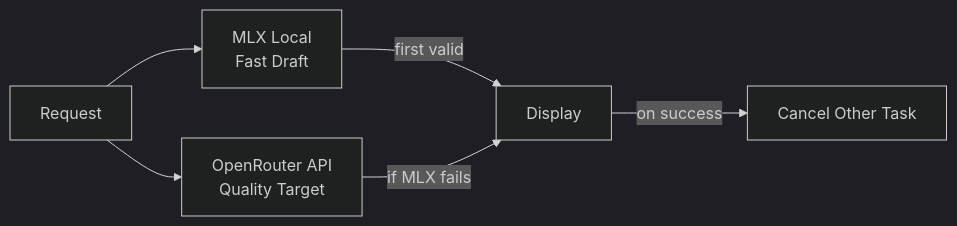
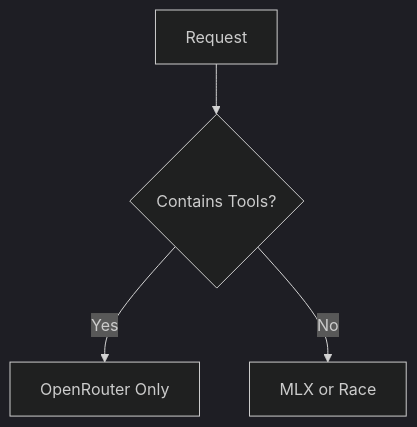
The second of 4 diagrams in plans/speculative_decoding_plan.md (jtrefon/ai-ide), drawn with Mermaid (dark theme) before and after one commit. The commit also changed other lines of this file and 46 other files, not shown here.

````diff
--- a/plans/speculative_decoding_plan.md
+++ b/plans/speculative_decoding_plan.md
@@ -31,8 +43,6 @@
 ```mermaid
-flowchart LR
-    Request --> MLX[MLX Local<br/>Fast Draft]
-    Request --> OR[OpenRouter API<br/>Quality Target]
-    MLX -->|first valid| Display
-    OR -->|if MLX fails| Display
-    Display -->|on success| Cancel[Cancel Other Task]
+flowchart TB
+    Request --> HasTools{Contains Tools?}
+    HasTools -->|Yes| OR[OpenRouter Only]
+    HasTools -->|No| MLX[MLX or Race]
 ```
````
